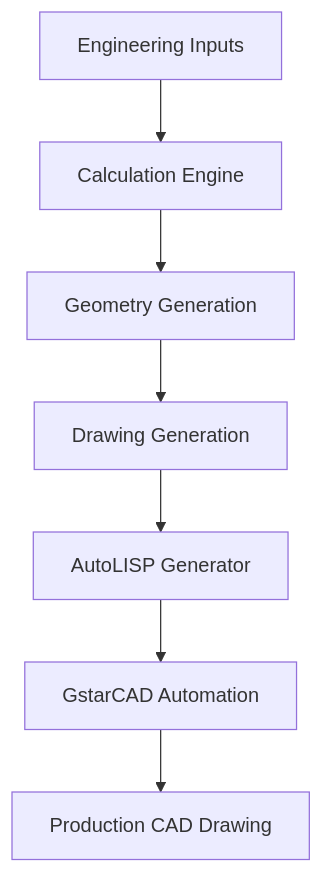
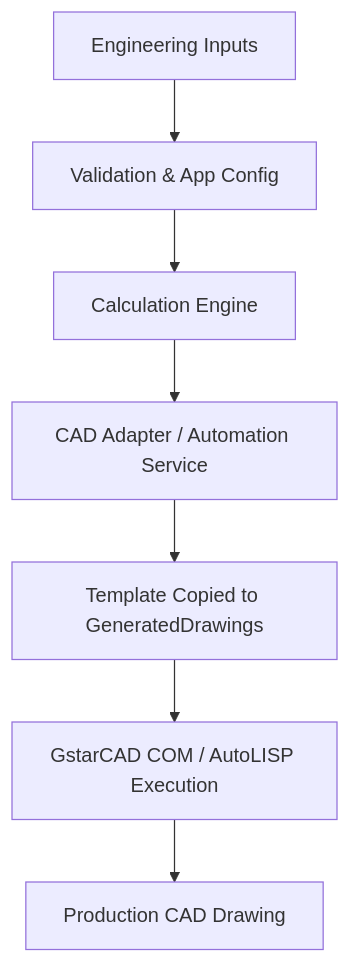
The first of 2 diagrams in README.md (NullOrigin06/mega-engineering-suite), drawn with Mermaid before and after one commit. The commit also changed other lines of this file, not shown here.

Commit message:
docs: rewrite README to match new flat architecture and CAD lifecycle

````diff
--- a/README.md
+++ b/README.md
@@ -91,9 +74,9 @@
 ```mermaid
 graph TD;
-    A[Engineering Inputs] --> B[Calculation Engine];
-    B --> C[Geometry Generation];
-    C --> D[Drawing Generation];
-    D --> E[AutoLISP Generator];
-    E --> F[GstarCAD Automation];
+    A[Engineering Inputs] --> B[Validation & App Config];
+    B --> C[Calculation Engine];
+    C --> D[CAD Adapter / Automation Service];
+    D --> E[Template Copied to GeneratedDrawings];
+    E --> F[GstarCAD COM / AutoLISP Execution];
     F --> G[Production CAD Drawing];
 ```
````
